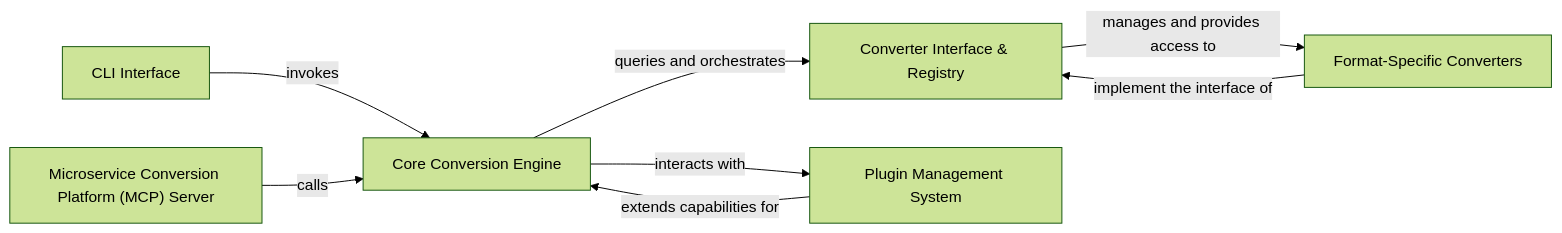
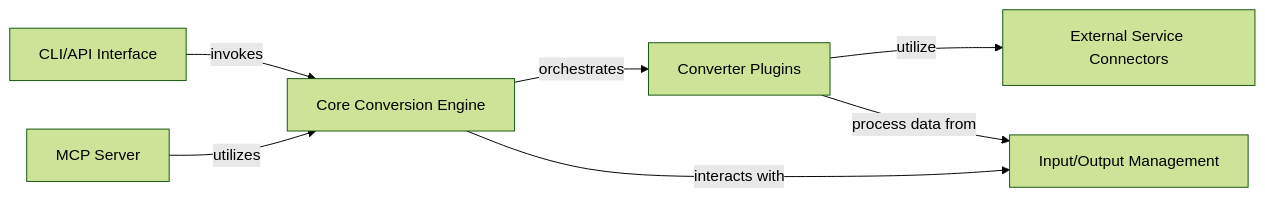
Before and after one commit to CodeBoarding/GeneratedOnBoardings: the diagram in markitdown/on_boarding.md, drawn with Mermaid (forest theme). The commit also changed other lines of this file, not shown here.

````diff
--- a/markitdown/on_boarding.md
+++ b/markitdown/on_boarding.md
@@ -1,16 +1,15 @@
 ```mermaid
 graph LR
-    CLI_Interface["CLI Interface"]
+    CLI_API_Interface["CLI/API Interface"]
     Core_Conversion_Engine["Core Conversion Engine"]
-    Converter_Interface_Registry["Converter Interface & Registry"]
-    Plugin_Management_System["Plugin Management System"]
-    Format_Specific_Converters["Format-Specific Converters"]
-    Microservice_Conversion_Platform_MCP_Server["Microservice Conversion Platform (MCP) Server"]
-    CLI_Interface -- "invokes" --> Core_Conversion_Engine
-    Microservice_Conversion_Platform_MCP_Server -- "calls" --> Core_Conversion_Engine
-    Core_Conversion_Engine -- "queries and orchestrates" --> Converter_Interface_Registry
-    Core_Conversion_Engine -- "interacts with" --> Plugin_Management_System
-    Converter_Interface_Registry -- "manages and provides access to" --> Format_Specific_Converters
-    Plugin_Management_System -- "extends capabilities for" --> Core_Conversion_Engine
-    Format_Specific_Converters -- "implement the interface of" --> Converter_Interface_Registry
+    Converter_Plugins["Converter Plugins"]
+    Input_Output_Management["Input/Output Management"]
+    External_Service_Connectors["External Service Connectors"]
+    MCP_Server["MCP Server"]
+    CLI_API_Interface -- "invokes" --> Core_Conversion_Engine
+    Core_Conversion_Engine -- "orchestrates" --> Converter_Plugins
+    Core_Conversion_Engine -- "interacts with" --> Input_Output_Management
+    Converter_Plugins -- "utilize" --> External_Service_Connectors
+    Converter_Plugins -- "process data from" --> Input_Output_Management
+    MCP_Server -- "utilizes" --> Core_Conversion_Engine
 ```
````
